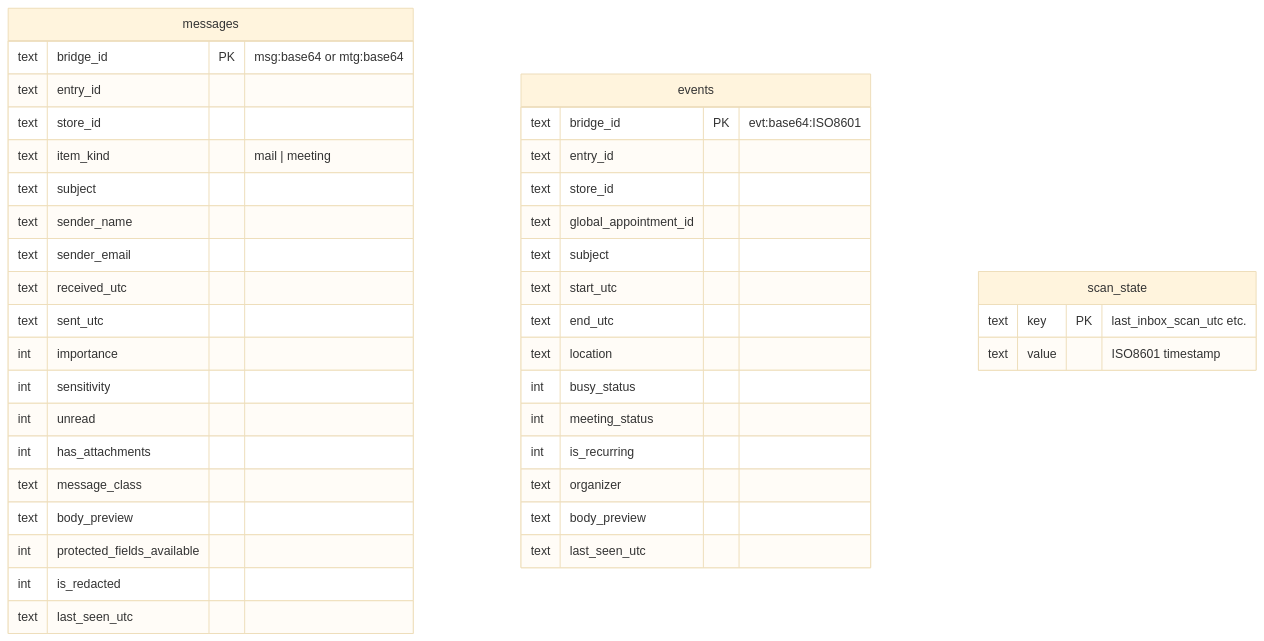
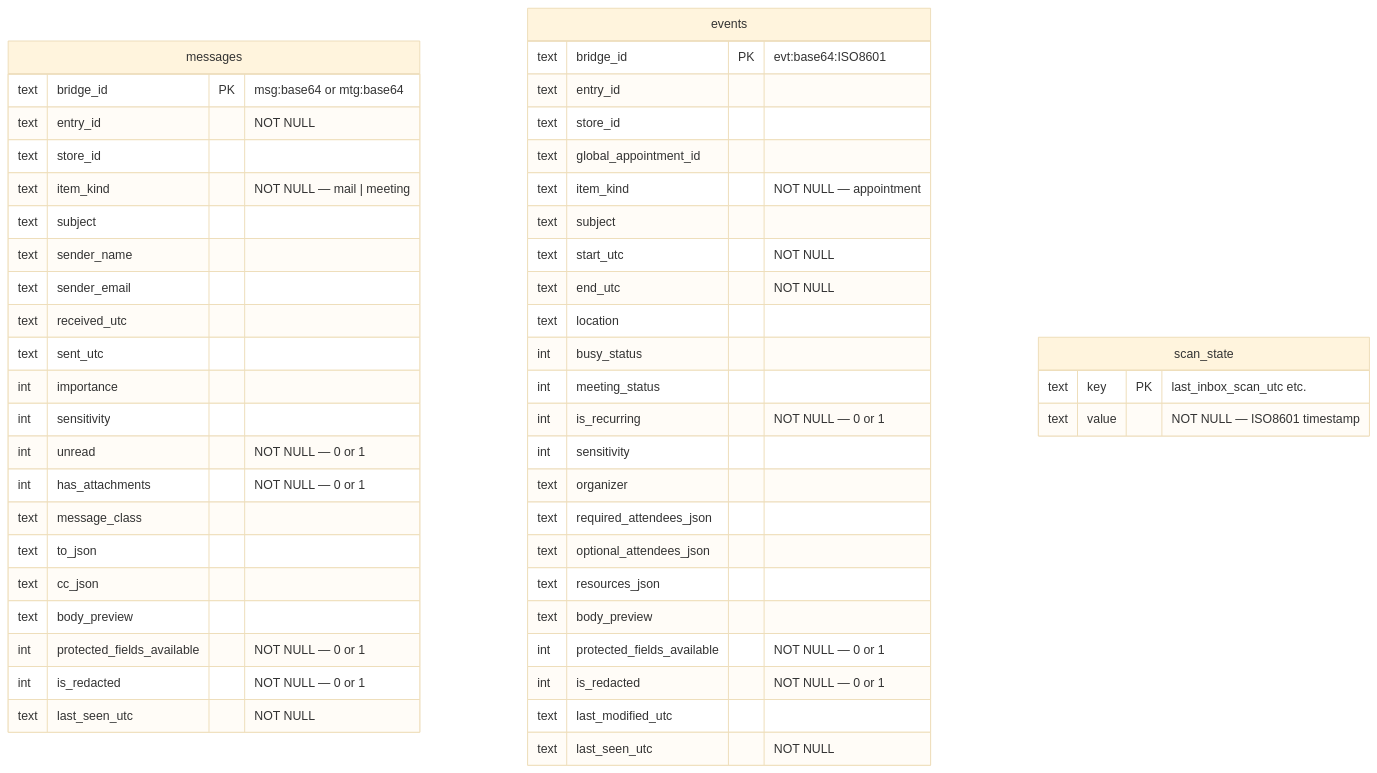
The seventh of 8 diagrams in docs/architecture-diagrams.md (drmoisan/open-claw-bridge), drawn with Mermaid (base theme) before and after one commit. The commit also changed other lines of this file and 45 other files, not shown here.

````diff
--- a/docs/architecture-diagrams.md
+++ b/docs/architecture-diagrams.md
@@ -211,45 +227,55 @@
 ```mermaid
 erDiagram
     messages {
         text bridge_id PK "msg:base64 or mtg:base64"
-        text entry_id
+        text entry_id "NOT NULL"
         text store_id
-        text item_kind "mail | meeting"
+        text item_kind "NOT NULL — mail | meeting"
         text subject
         text sender_name
         text sender_email
         text received_utc
         text sent_utc
         int importance
         int sensitivity
-        int unread
-        int has_attachments
+        int unread "NOT NULL — 0 or 1"
+        int has_attachments "NOT NULL — 0 or 1"
         text message_class
+        text to_json
+        text cc_json
         text body_preview
-        int protected_fields_available
-        int is_redacted
-        text last_seen_utc
+        int protected_fields_available "NOT NULL — 0 or 1"
+        int is_redacted "NOT NULL — 0 or 1"
+        text last_seen_utc "NOT NULL"
     }
 
     events {
         text bridge_id PK "evt:base64:ISO8601"
         text entry_id
         text store_id
         text global_appointment_id
+        text item_kind "NOT NULL — appointment"
         text subject
-        text start_utc
-        text end_utc
+        text start_utc "NOT NULL"
+        text end_utc "NOT NULL"
         text location
         int busy_status
         int meeting_status
-        int is_recurring
+        int is_recurring "NOT NULL — 0 or 1"
+        int sensitivity
         text organizer
+        text required_attendees_json
+        text optional_attendees_json
+        text resources_json
         text body_preview
-        text last_seen_utc
+        int protected_fields_available "NOT NULL — 0 or 1"
+        int is_redacted "NOT NULL — 0 or 1"
+        text last_modified_utc
+        text last_seen_utc "NOT NULL"
     }
 
     scan_state {
         text key PK "last_inbox_scan_utc etc."
-        text value "ISO8601 timestamp"
+        text value "NOT NULL — ISO8601 timestamp"
     }
 ```
````
